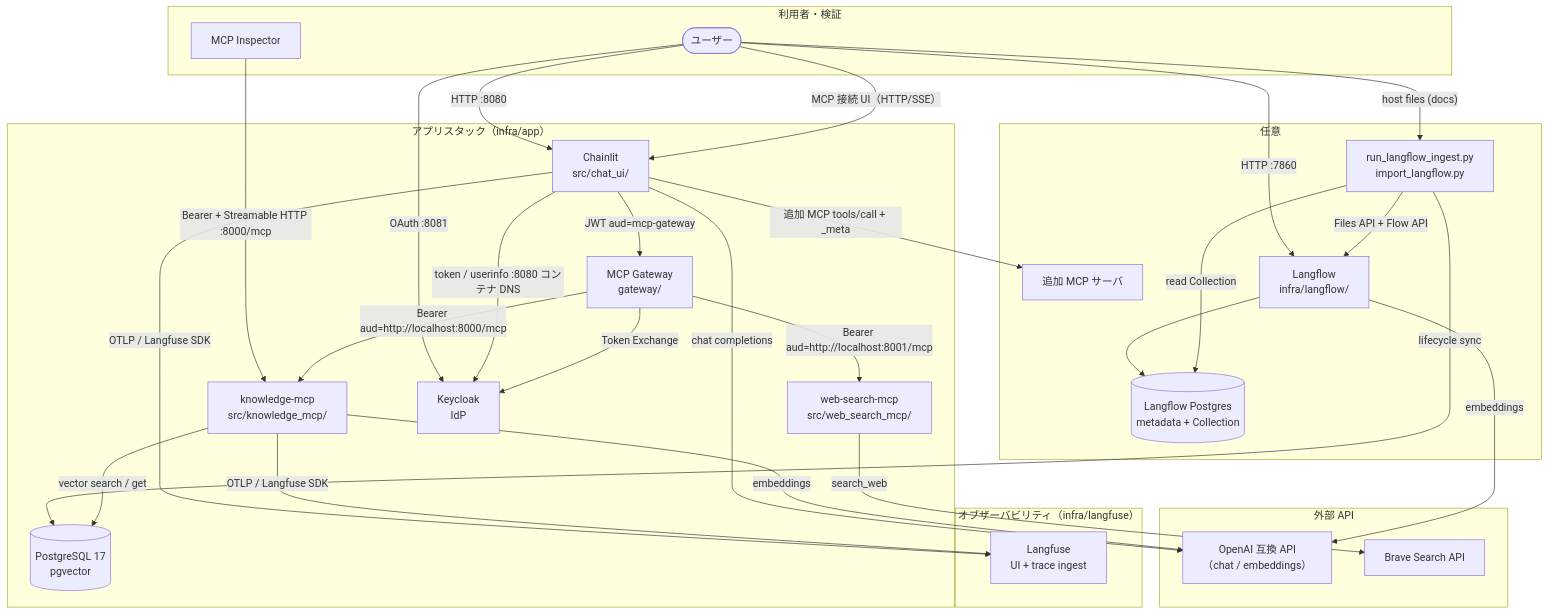
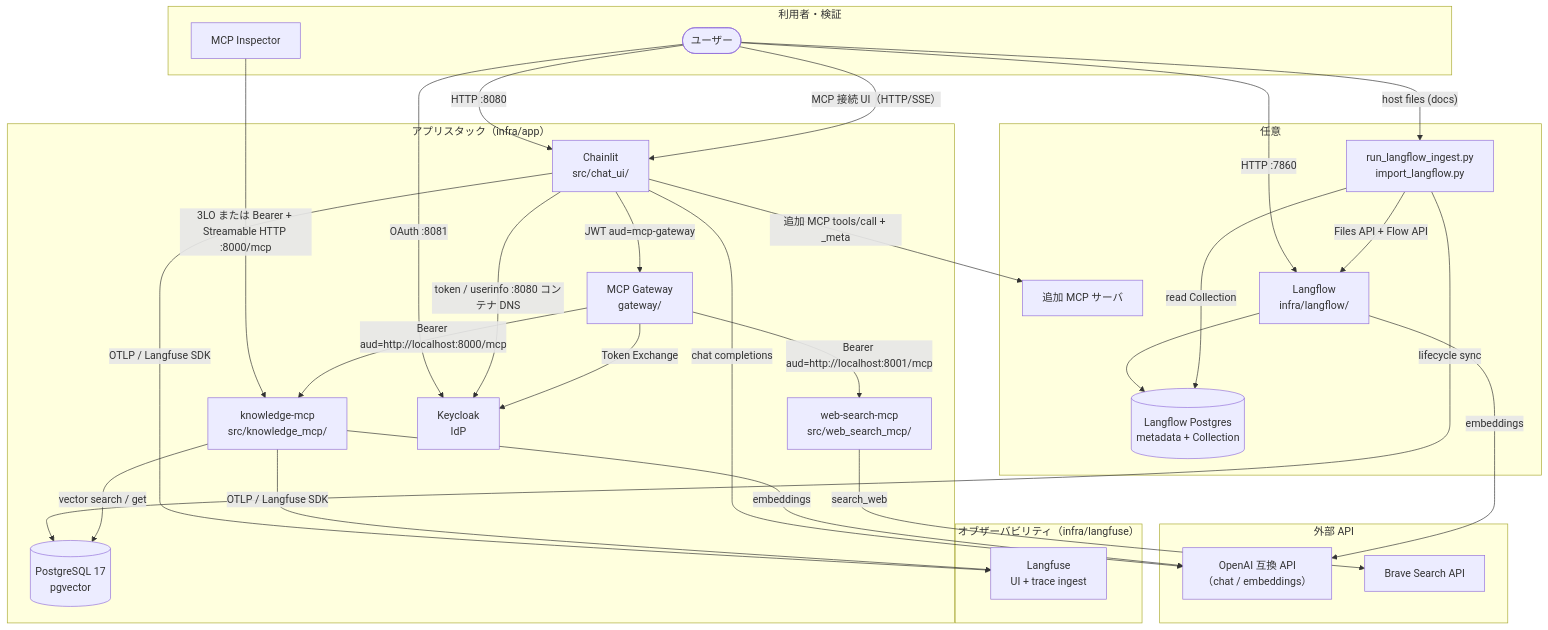
The first of 2 diagrams in docs/current/architecture.md (s-kodani/template-ai-coding), drawn with Mermaid before and after one commit. The commit also changed other lines of this file and 18 other files, not shown here.

````diff
--- a/docs/current/architecture.md
+++ b/docs/current/architecture.md
@@ -30,56 +30,56 @@
 ```mermaid
 flowchart TB
     subgraph users["利用者・検証"]
         User([ユーザー])
         Inspector[MCP Inspector]
     end
 
     subgraph app["アプリスタック（infra/app）"]
         Chainlit["Chainlit<br/>src/chat_ui/"]
         Gateway["MCP Gateway<br/>gateway/"]
         MCP["knowledge-mcp<br/>src/knowledge_mcp/"]
         WebMCP["web-search-mcp<br/>src/web_search_mcp/"]
         PG[("PostgreSQL 17<br/>pgvector")]
         Keycloak["Keycloak<br/>IdP"]
     end
 
     subgraph external["外部 API"]
         LLM["OpenAI 互換 API<br/>（chat / embeddings）"]
         Brave["Brave Search API"]
     end
 
     subgraph observability["オブザーバビリティ（infra/langfuse）"]
         Langfuse["Langfuse<br/>UI + trace ingest"]
     end
 
     subgraph optional["任意"]
         ExtraMCP[追加 MCP サーバ]
         Langflow["Langflow<br/>infra/langflow/"]
         LFPG[("Langflow Postgres<br/>metadata + Collection")]
         Adapter["run_langflow_ingest.py\nimport_langflow.py"]
     end
 
     User -->|HTTP :8080| Chainlit
     User -->|OAuth :8081| Keycloak
     Chainlit -->|token / userinfo :8080 コンテナ DNS| Keycloak
     User -->|HTTP :7860| Langflow
     User -->|"host files (docs)"| Adapter
     Adapter -->|"Files API + Flow API"| Langflow
     Langflow --> LFPG
     Langflow -->|embeddings| LLM
     Adapter -->|read Collection| LFPG
     Adapter -->|lifecycle sync| PG
     User -->|"MCP 接続 UI（HTTP/SSE）"| Chainlit
-    Inspector -->|"Bearer + Streamable HTTP :8000/mcp"| MCP
+    Inspector -->|"3LO または Bearer + Streamable HTTP :8000/mcp"| MCP
     Chainlit -->|"JWT aud=mcp-gateway"| Gateway
     Gateway -->|Token Exchange| Keycloak
     Gateway -->|"Bearer aud=http://localhost:8000/mcp"| MCP
     Gateway -->|"Bearer aud=http://localhost:8001/mcp"| WebMCP
     Chainlit -->|追加 MCP tools/call + _meta| ExtraMCP
     Chainlit -->|chat completions| LLM
     MCP -->|vector search / get| PG
     MCP -->|embeddings| LLM
     WebMCP -->|search_web| Brave
     Chainlit -->|OTLP / Langfuse SDK| Langfuse
     MCP -->|OTLP / Langfuse SDK| Langfuse
 ```
````
